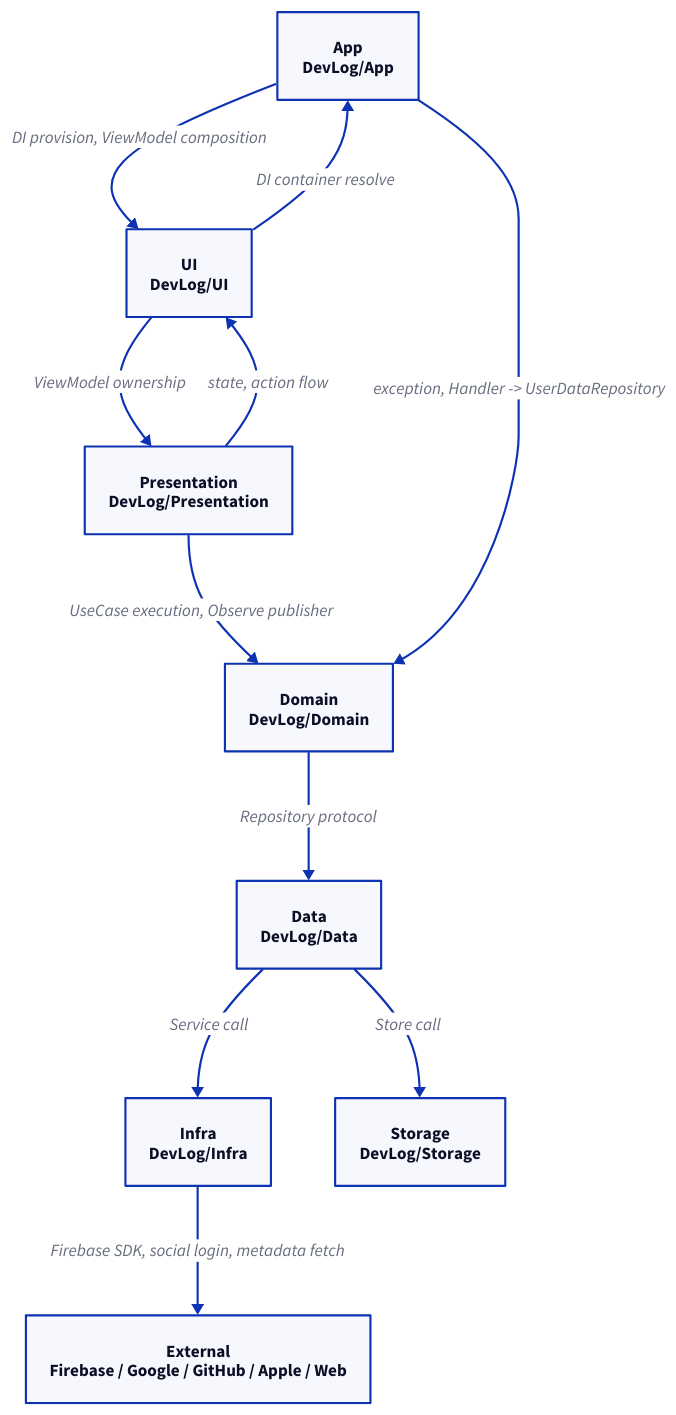
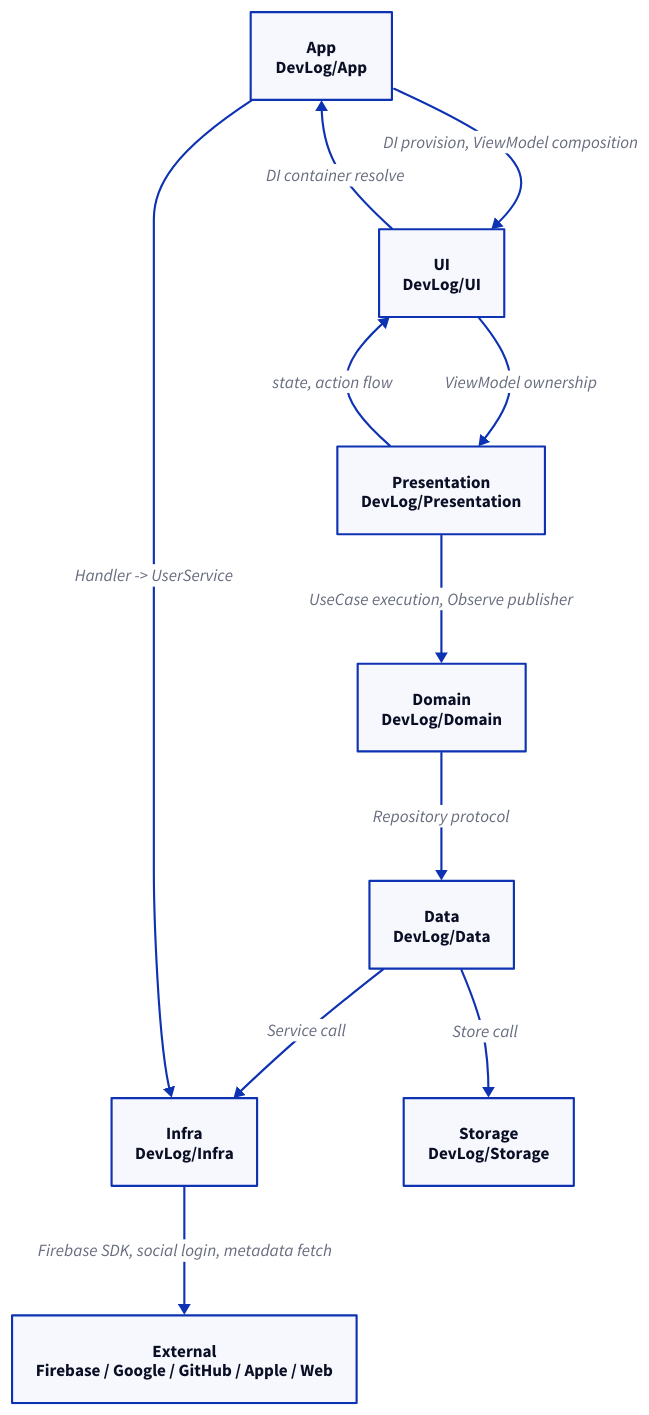
The diagram in docs/architecture.d2 (opficdev/DevLog_iOS), drawn with D2 before and after one commit. The commit also changed 6 other files, not shown here.

```diff
--- a/docs/architecture.d2
+++ b/docs/architecture.d2
@@ -1,29 +1,29 @@
 direction: down
 
 style: {
   fill: transparent
 }
 
 app: "App\nDevLog/App"
 ui: "UI\nDevLog/UI"
 presentation: "Presentation\nDevLog/Presentation"
 domain: "Domain\nDevLog/Domain"
 data: "Data\nDevLog/Data"
 infra: "Infra\nDevLog/Infra"
 storage: "Storage\nDevLog/Storage"
 external: "External\nFirebase / Google / GitHub / Apple / Web"
 
 app -> ui: "DI provision, ViewModel composition"
 ui -> app: "DI container resolve"
 
 ui -> presentation: "ViewModel ownership"
 presentation -> ui: "state, action flow"
 
 presentation -> domain: "UseCase execution, Observe publisher"
 domain -> data: "Repository protocol"
 data -> infra: "Service call"
 data -> storage: "Store call"
 
 infra -> external: "Firebase SDK, social login, metadata fetch"
 
-app -> domain: "exception, Handler -> UserDataRepository"
+app -> infra: "Handler -> UserService"
```
